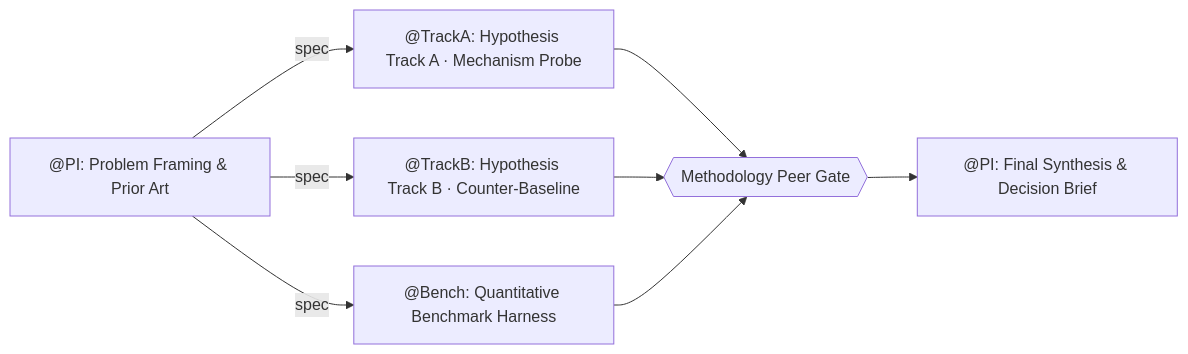
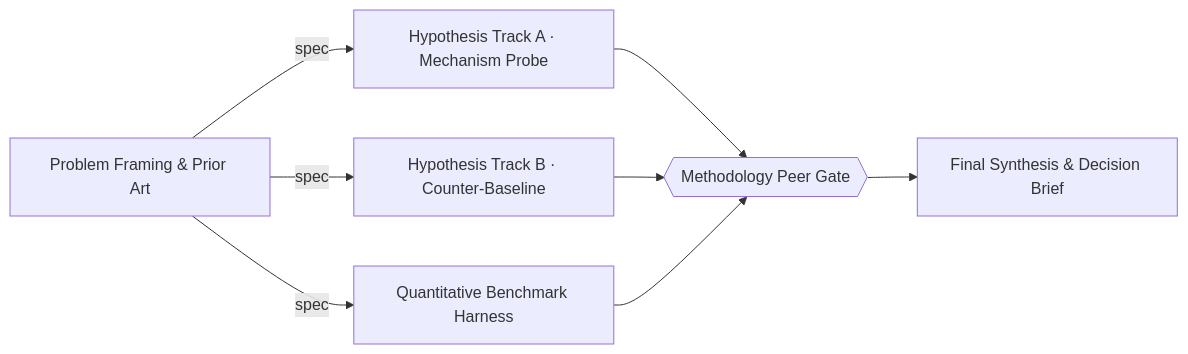
The first of 2 diagrams in examples/blueprints/deep-research-lab.md (Daijunfan/Aexus-Code), drawn with Mermaid before and after one commit. The commit also changed other lines of this file and 184 other files, not shown here.

````diff
--- a/examples/blueprints/deep-research-lab.md
+++ b/examples/blueprints/deep-research-lab.md
@@ -5,10 +7,15 @@
 ```mermaid
 flowchart LR
-  R1["@PI: Problem Framing & Prior Art"] -->|spec| R2["@TrackA: Hypothesis Track A · Mechanism Probe"]
-  R1 -->|spec| R3["@TrackB: Hypothesis Track B · Counter-Baseline"]
-  R1 -->|spec| R4["@Bench: Quantitative Benchmark Harness"]
+  R1["Problem Framing & Prior Art"] -->|spec| R2["Hypothesis Track A · Mechanism Probe"]
+  R1 -->|spec| R3["Hypothesis Track B · Counter-Baseline"]
+  R1 -->|spec| R4["Quantitative Benchmark Harness"]
   R2 --> U1{{"Methodology Peer Gate"}}
   R3 --> U1
   R4 --> U1
-  U1 --> R5["@PI: Final Synthesis & Decision Brief"]
+  U1 --> R5["Final Synthesis & Decision Brief"]
+  %% task R1 [owner=PI, min_tier=1, dept=Executive]
+  %% task R2 [owner=TrackA, min_tier=2, dept=Research]
+  %% task R3 [owner=TrackB, min_tier=2, dept=Research]
+  %% task R4 [owner=Bench, min_tier=2, dept=Benchmarks]
+  %% task R5 [owner=PI, min_tier=1, dept=Executive]
 ```
````
